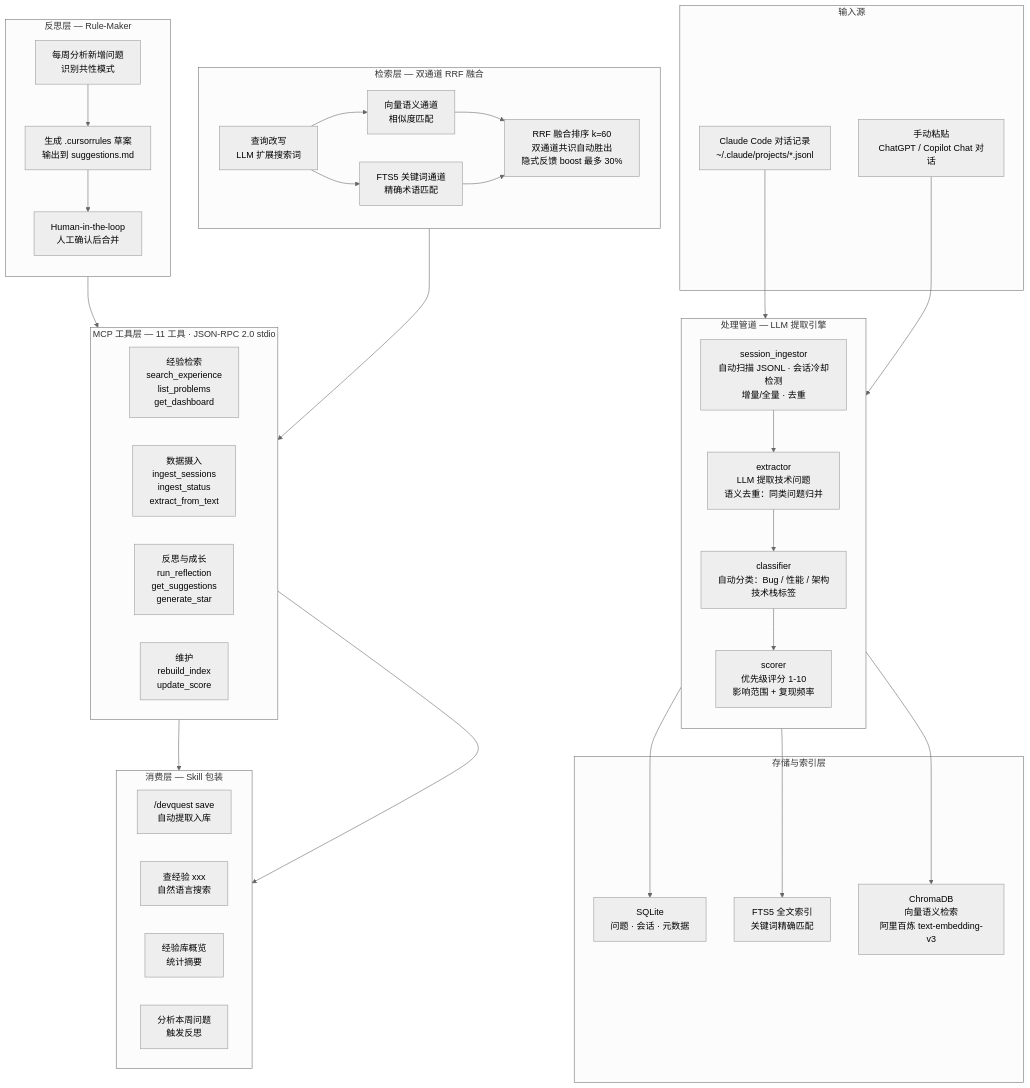
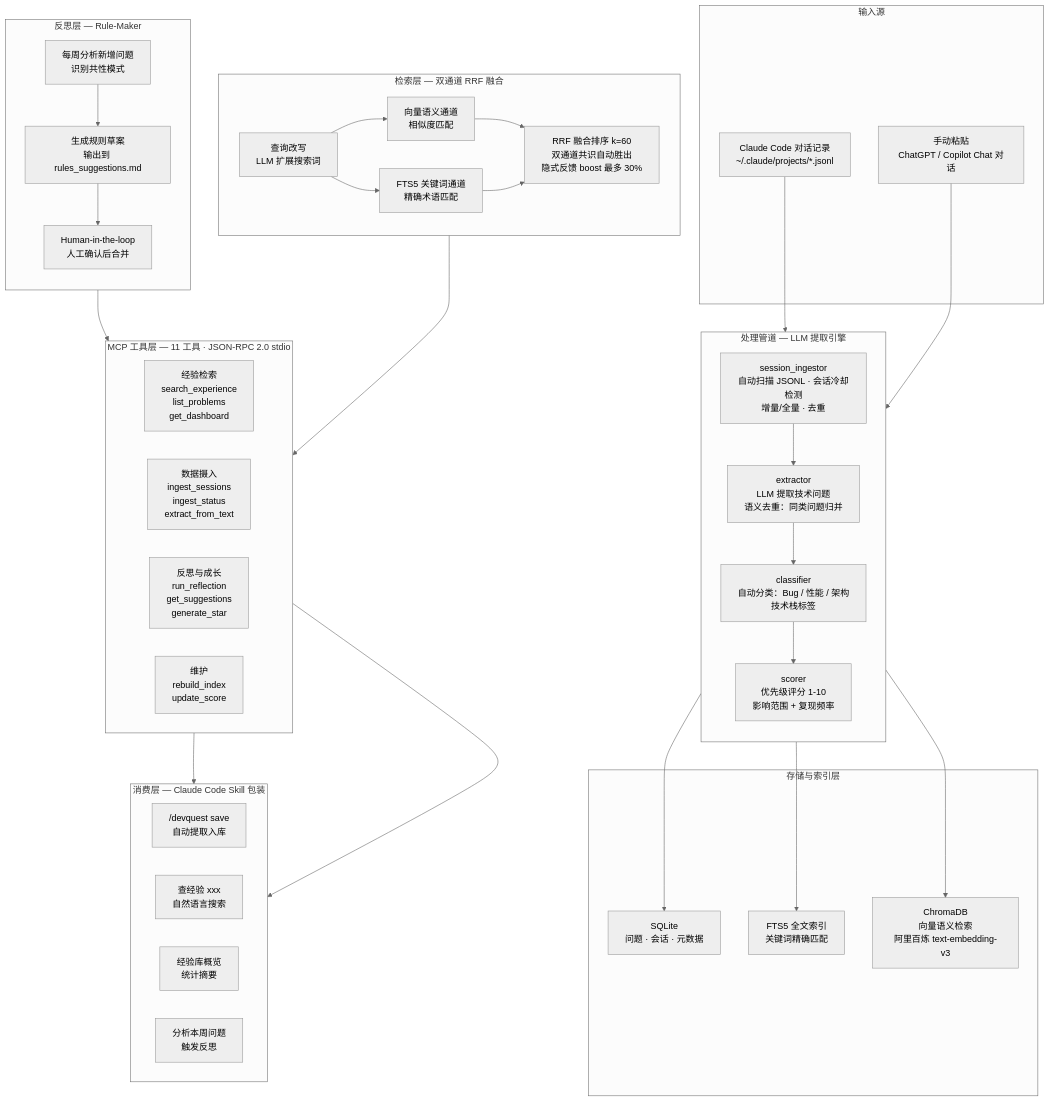
Before and after one commit to z2Ace0107/devquest: the diagram in README.md, drawn with Mermaid (neutral theme). The commit also changed other lines of this file and 1 other file, not shown here.

Commit message:
docs: 去 Cursor 命名耦合 + 平台无关表述
- .cursorrules / cursorrules_suggestions.md → rules_suggestions.md
- Claude Desktop/Claude IDE → MCP Client/MCP-native
- Skill 包装明确标注为 Claude Code 专有

````diff
--- a/README.md
+++ b/README.md
@@ -78,66 +78,66 @@
 ```mermaid
 graph TB
     subgraph INPUT[" 输入源 "]
         JSONL["Claude Code 对话记录<br/>~/.claude/projects/*.jsonl"]
         MANUAL["手动粘贴<br/>ChatGPT / Copilot Chat 对话"]
     end
 
     subgraph PIPELINE[" 处理管道 — LLM 提取引擎 "]
         direction TB
         INGEST["session_ingestor<br/>自动扫描 JSONL · 会话冷却检测<br/>增量/全量 · 去重"]
         EXTRACT["extractor<br/>LLM 提取技术问题<br/>语义去重：同类问题归并"]
         CLASSIFY["classifier<br/>自动分类：Bug / 性能 / 架构<br/>技术栈标签"]
         SCORE["scorer<br/>优先级评分 1-10<br/>影响范围 + 复现频率"]
         INGEST --> EXTRACT --> CLASSIFY --> SCORE
     end
 
     subgraph STORAGE[" 存储与索引层 "]
         SQLITE["SQLite<br/>问题 · 会话 · 元数据"]
         FTS5["FTS5 全文索引<br/>关键词精确匹配"]
         CHROMA["ChromaDB<br/>向量语义检索<br/>阿里百炼 text-embedding-v3"]
     end
 
     subgraph RETRIEVAL[" 检索层 — 双通道 RRF 融合 "]
         direction LR
         REWRITE["查询改写<br/>LLM 扩展搜索词"]
         VEC["向量语义通道<br/>相似度匹配"]
         KW["FTS5 关键词通道<br/>精确术语匹配"]
         RRF["RRF 融合排序 k=60<br/>双通道共识自动胜出<br/>隐式反馈 boost 最多 30%"]
         REWRITE --> VEC & KW
         VEC & KW --> RRF
     end
 
     subgraph REFLECTION[" 反思层 — Rule-Maker "]
         direction TB
         ANALYZE["每周分析新增问题<br/>识别共性模式"]
-        DRAFT["生成 .cursorrules 草案<br/>输出到 suggestions.md"]
+        DRAFT["生成规则草案<br/>输出到 rules_suggestions.md"]
         REVIEW["Human-in-the-loop<br/>人工确认后合并"]
         ANALYZE --> DRAFT --> REVIEW
     end
 
     subgraph MCP[" MCP 工具层 — 11 工具 · JSON-RPC 2.0 stdio "]
         direction LR
         SEARCH["经验检索<br/>search_experience<br/>list_problems<br/>get_dashboard"]
         INGEST_TOOLS["数据摄入<br/>ingest_sessions<br/>ingest_status<br/>extract_from_text"]
         REFLECT_TOOLS["反思与成长<br/>run_reflection<br/>get_suggestions<br/>generate_star"]
         MAINT["维护<br/>rebuild_index<br/>update_score"]
     end
 
-    subgraph SKILL[" 消费层 — Skill 包装 "]
+    subgraph SKILL[" 消费层 — Claude Code Skill 包装 "]
         direction LR
         S1["/devquest save<br/>自动提取入库"]
         S2["查经验 xxx<br/>自然语言搜索"]
         S3["经验库概览<br/>统计摘要"]
         S4["分析本周问题<br/>触发反思"]
     end
 
     JSONL --> INGEST
     MANUAL --> EXTRACT
     SCORE --> SQLITE
     SCORE --> FTS5
     SCORE --> CHROMA
     REWRITE --> SEARCH
     ANALYZE --> REFLECT_TOOLS
     SEARCH --> SKILL
     REFLECT_TOOLS --> SKILL
 ```
````
